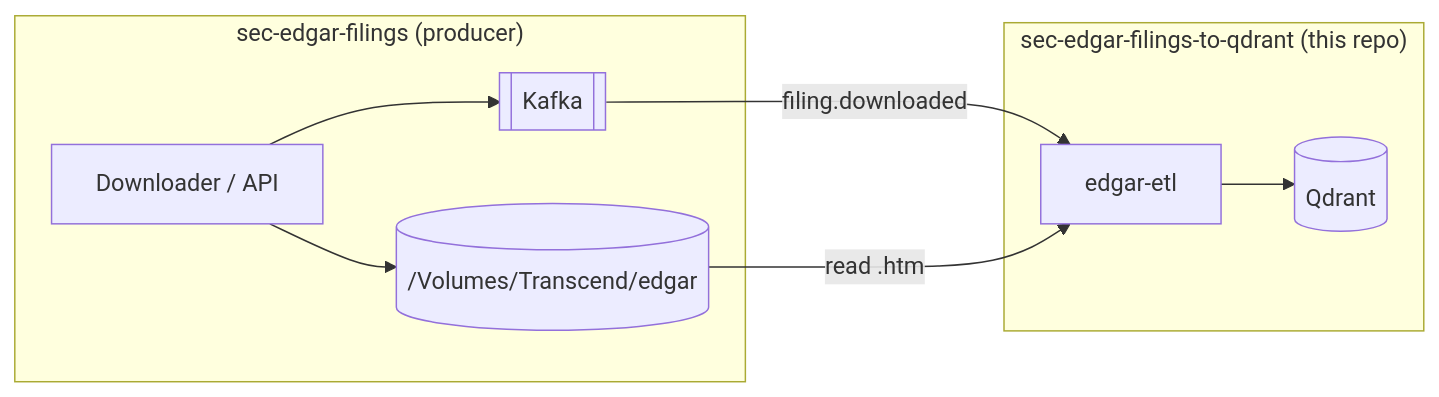
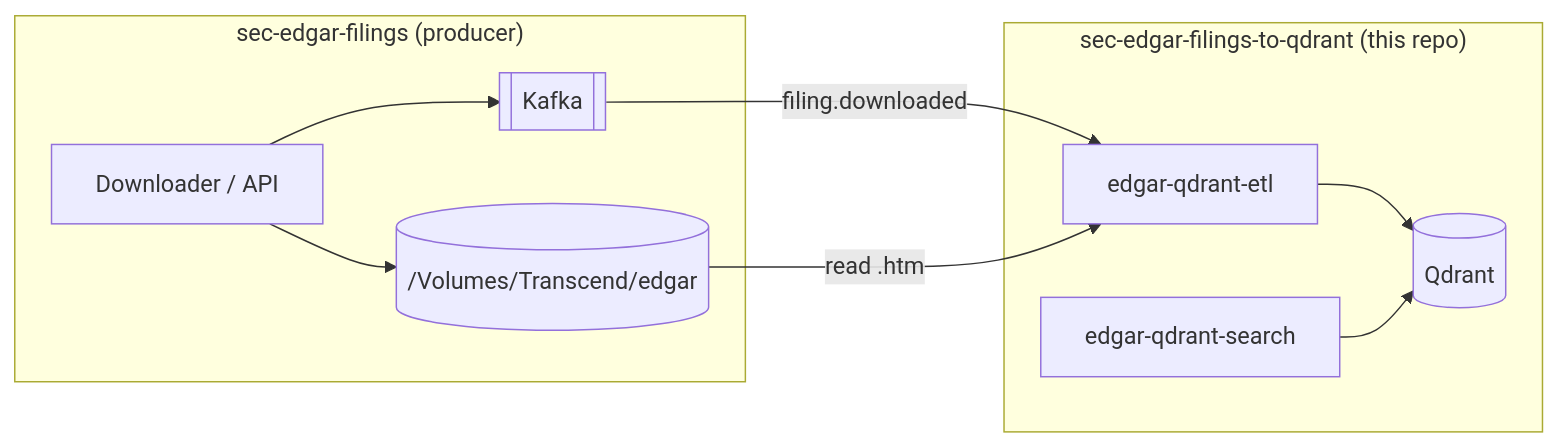
One commit to sanjuthomas/sec-edgar-filings-to-qdrant changed the third of 3 diagrams in README.md. Above: the diagram before and after it, drawn with Mermaid. The commit also changed other lines of this file and 9 other files, not shown here.

First line of the commit message:
Add semantic search UI and rename ETL service to edgar-qdrant-etl.

````diff
--- a/README.md
+++ b/README.md
@@ -104,19 +106,21 @@
 ```mermaid
 flowchart LR
     subgraph producer ["sec-edgar-filings (producer)"]
         DL[Downloader / API]
         Kafka[[Kafka]]
         Disk[(/Volumes/Transcend/edgar)]
         DL --> Disk
         DL --> Kafka
     end
 
     subgraph consumer ["sec-edgar-filings-to-qdrant (this repo)"]
-        ETL[edgar-etl]
+        ETL[edgar-qdrant-etl]
         Qdrant[(Qdrant)]
+        Search[edgar-qdrant-search]
         ETL --> Qdrant
+        Search --> Qdrant
     end
 
     Kafka -->|filing.downloaded| ETL
     Disk -->|read .htm| ETL
 ```
````
